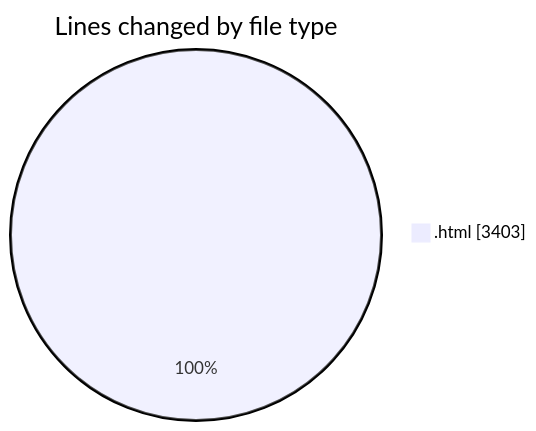
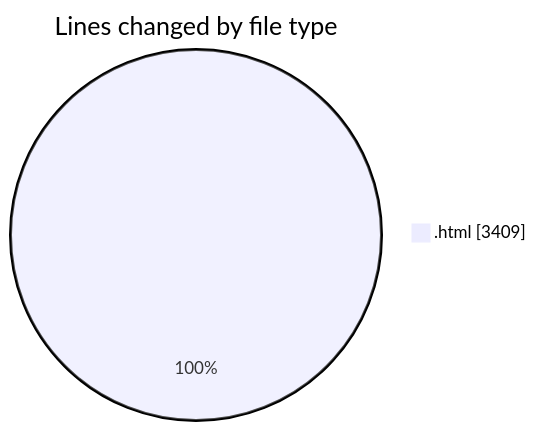
The first of 2 diagrams in 2025-06-17/projects/README.md (Ritupan-Deka/code-tracking), drawn with Mermaid before and after one commit. The commit also changed other lines of this file and 1 other file, not shown here.

````diff
--- a/2025-06-17/projects/README.md
+++ b/2025-06-17/projects/README.md
@@ -21,5 +21,5 @@
 ```mermaid
 pie showData
 title Lines changed by file type
-".html" : 3403
+".html" : 3409
 ```
````
